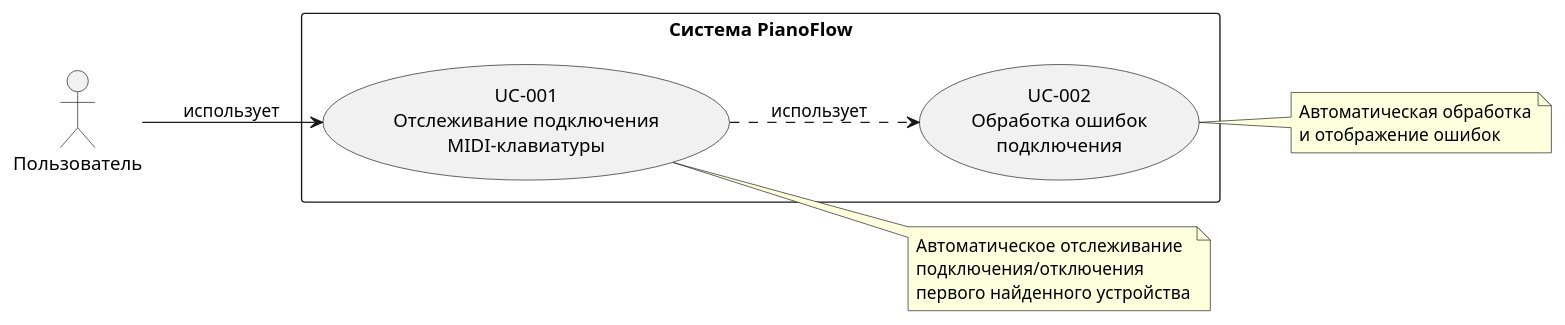
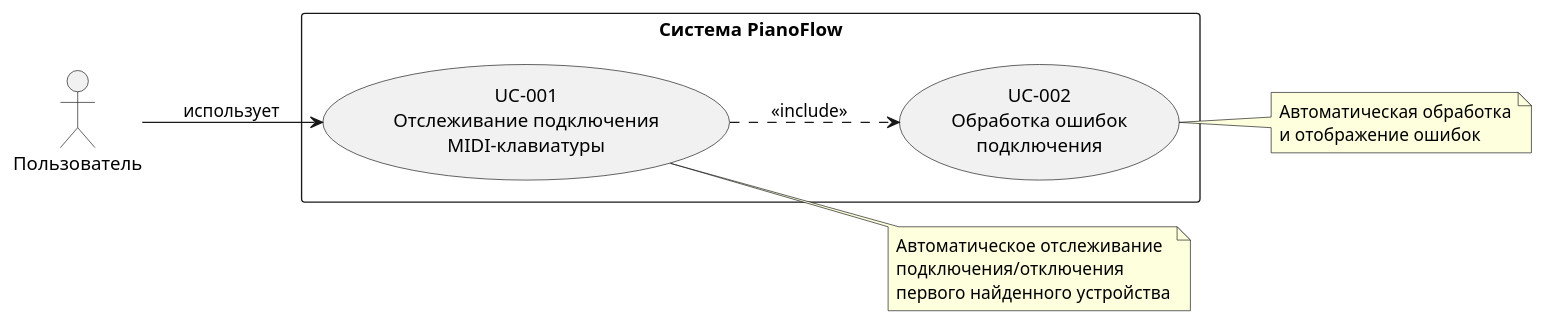
One commit to astrizhachuk/PianoFlow changed the first of 2 diagrams in docs/uc/USB_MIDI_KEYBOARD.md. Above: the diagram before and after it, drawn with PlantUML. The commit also changed other lines of this file and 3 other files, not shown here.

````diff
--- a/docs/uc/USB_MIDI_KEYBOARD.md
+++ b/docs/uc/USB_MIDI_KEYBOARD.md
@@ -27,25 +27,25 @@
 ```plantuml
 @startuml
 left to right direction
 actor Пользователь as User
 rectangle "Система PianoFlow" {
   usecase UC1 as "UC-001\nОтслеживание подключения\nMIDI-клавиатуры"
   usecase UC2 as "UC-002\nОбработка ошибок\nподключения"
 }
 
 User --> UC1 : использует
-UC1 ..> UC2 : использует
+UC1 ..> UC2 : <<include>>
 
 note right of UC1
   Автоматическое отслеживание
   подключения/отключения
   первого найденного устройства
 end note
 
 note right of UC2
   Автоматическая обработка
   и отображение ошибок
 end note
 
 @enduml
 ```
````
